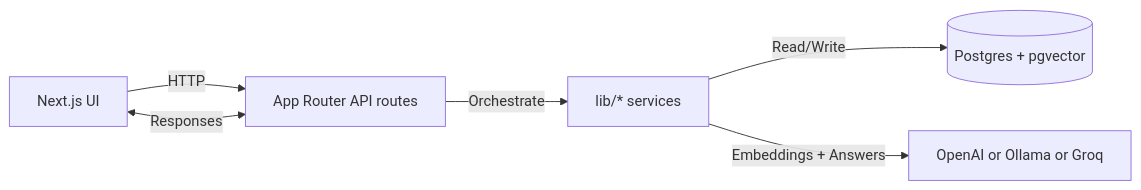
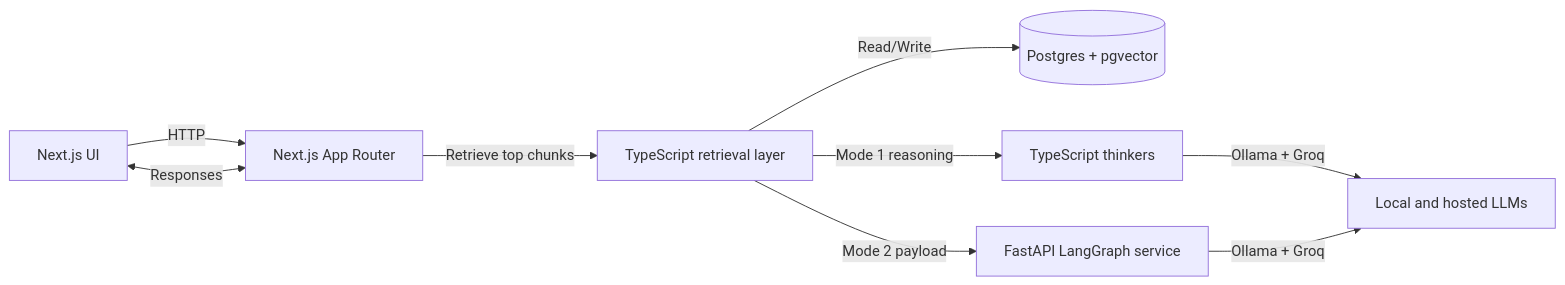
The diagram in README.md (sanjayy0612/Re-search_space), drawn with Mermaid before and after one commit. The commit also changed other lines of this file, not shown here.

````diff
--- a/README.md
+++ b/README.md
@@ -65,8 +68,11 @@
 ```mermaid
 flowchart LR
-	UI[Next.js UI] -->|HTTP| API[App Router API routes]
-	API -->|Orchestrate| LIB[lib/* services]
+	UI[Next.js UI] -->|HTTP| API[Next.js App Router]
+	API -->|Retrieve top chunks| LIB[TypeScript retrieval layer]
 	LIB -->|Read/Write| DB[(Postgres + pgvector)]
-	LIB -->|Embeddings + Answers| LLM[OpenAI or Ollama or Groq]
+	LIB -->|Mode 1 reasoning| MODE1[TypeScript thinkers]
+	LIB -->|Mode 2 payload| MODE2[FastAPI LangGraph service]
+	MODE1 -->|Ollama + Groq| LLM[Local and hosted LLMs]
+	MODE2 -->|Ollama + Groq| LLM
 	UI <-->|Responses| API
 ```
````
